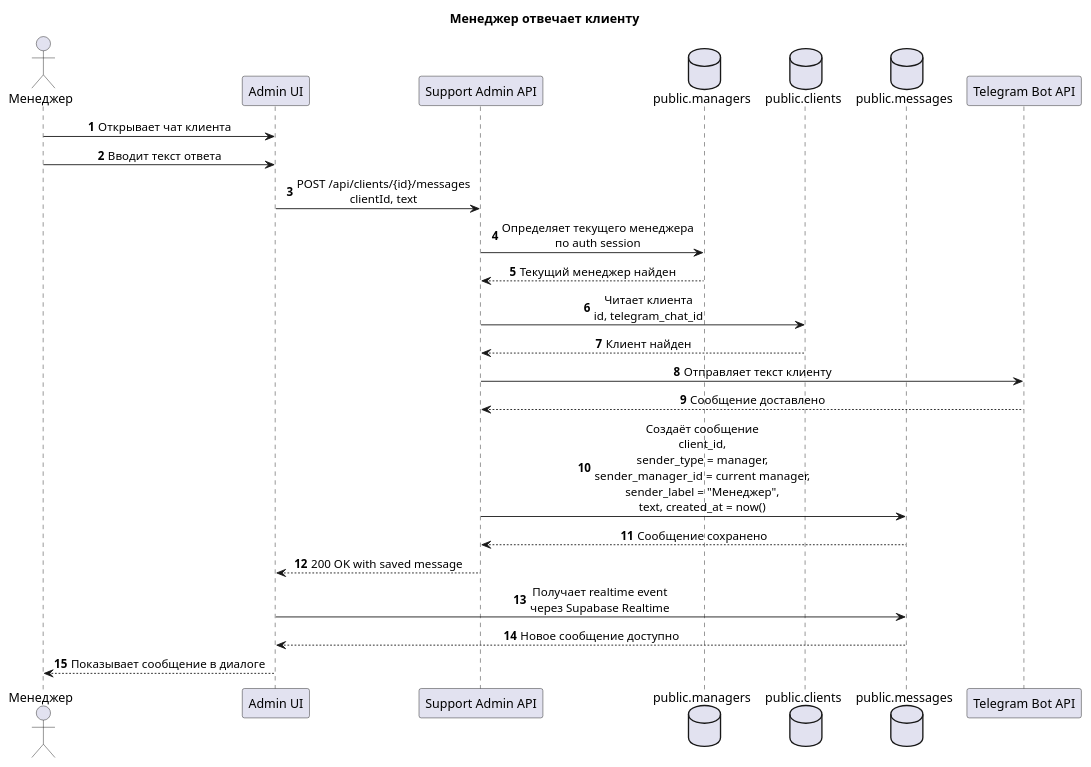
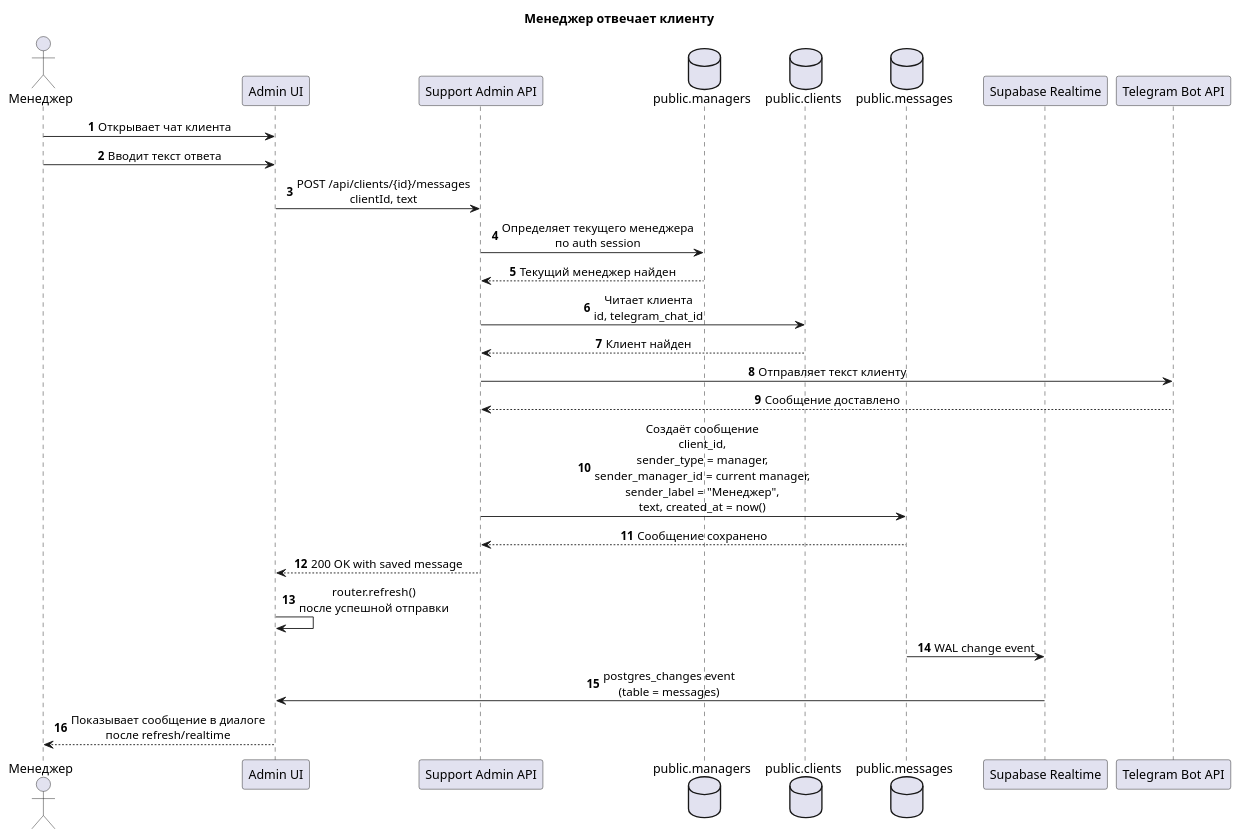
Before and after one commit to Ilja-Prihach/Full_Stack_Bot.-: the diagram in docs/sequence/03-manager-replies-to-client.puml, drawn with PlantUML. The commit also changed 20 other files, not shown here.

```diff
--- a/docs/sequence/03-manager-replies-to-client.puml
+++ b/docs/sequence/03-manager-replies-to-client.puml
@@ -1,33 +1,35 @@
 @startuml
 title Менеджер отвечает клиенту
 
 autonumber
 skinparam shadowing false
 skinparam sequenceMessageAlign center
 skinparam responseMessageBelowArrow true
 
 actor "Менеджер" as manager
 participant "Admin UI" as ui
 participant "Support Admin API" as api
 database "public.managers" as managers
 database "public.clients" as clients
 database "public.messages" as messages
+participant "Supabase Realtime" as realtime
 participant "Telegram Bot API" as telegram
 
 manager -> ui : Открывает чат клиента
 manager -> ui : Вводит текст ответа
 ui -> api : POST /api/clients/{id}/messages\nclientId, text
 api -> managers : Определяет текущего менеджера\nпо auth session
 managers --> api : Текущий менеджер найден
 api -> clients : Читает клиента\nid, telegram_chat_id
 clients --> api : Клиент найден
 api -> telegram : Отправляет текст клиенту
 telegram --> api : Сообщение доставлено
 api -> messages : Создаёт сообщение\nclient_id,\nsender_type = manager,\nsender_manager_id = current manager,\nsender_label = "Менеджер",\ntext, created_at = now()
 messages --> api : Сообщение сохранено
 api --> ui : 200 OK with saved message
-ui -> messages : Получает realtime event\nчерез Supabase Realtime
-messages --> ui : Новое сообщение доступно
-ui --> manager : Показывает сообщение в диалоге
+ui -> ui : router.refresh()\nпосле успешной отправки
+messages -> realtime : WAL change event
+realtime -> ui : postgres_changes event\n(table = messages)
+ui --> manager : Показывает сообщение в диалоге\nпосле refresh/realtime
 
 @enduml
```
